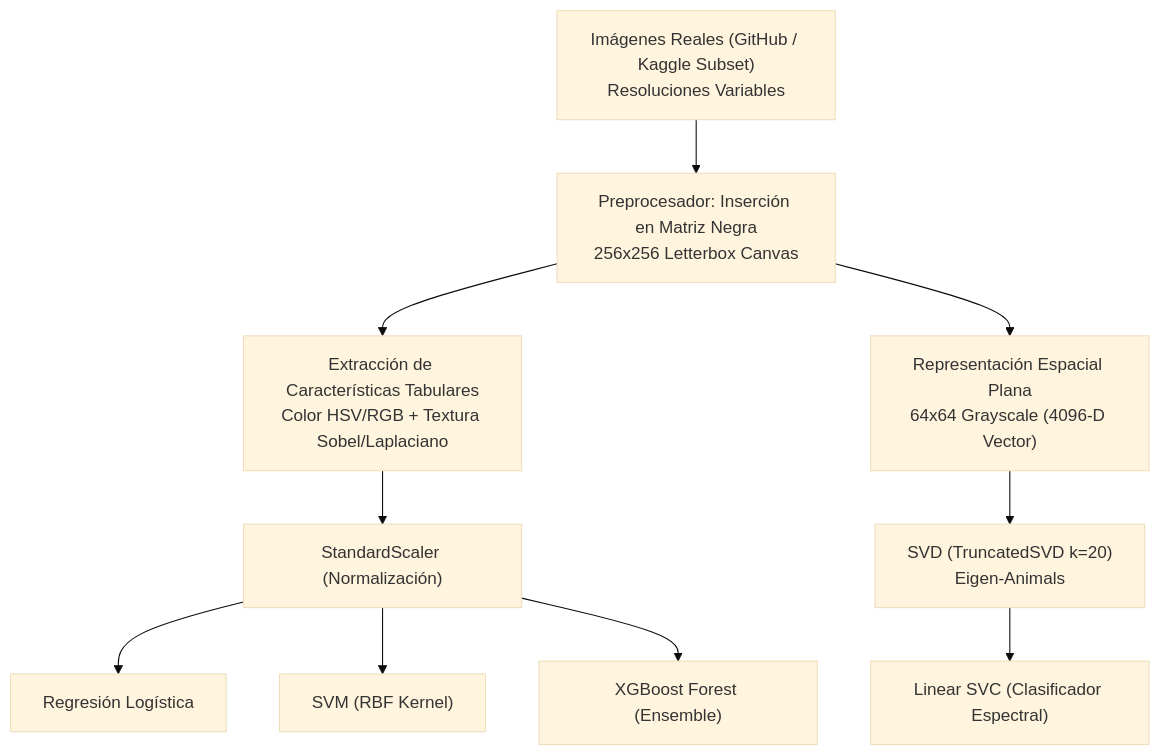
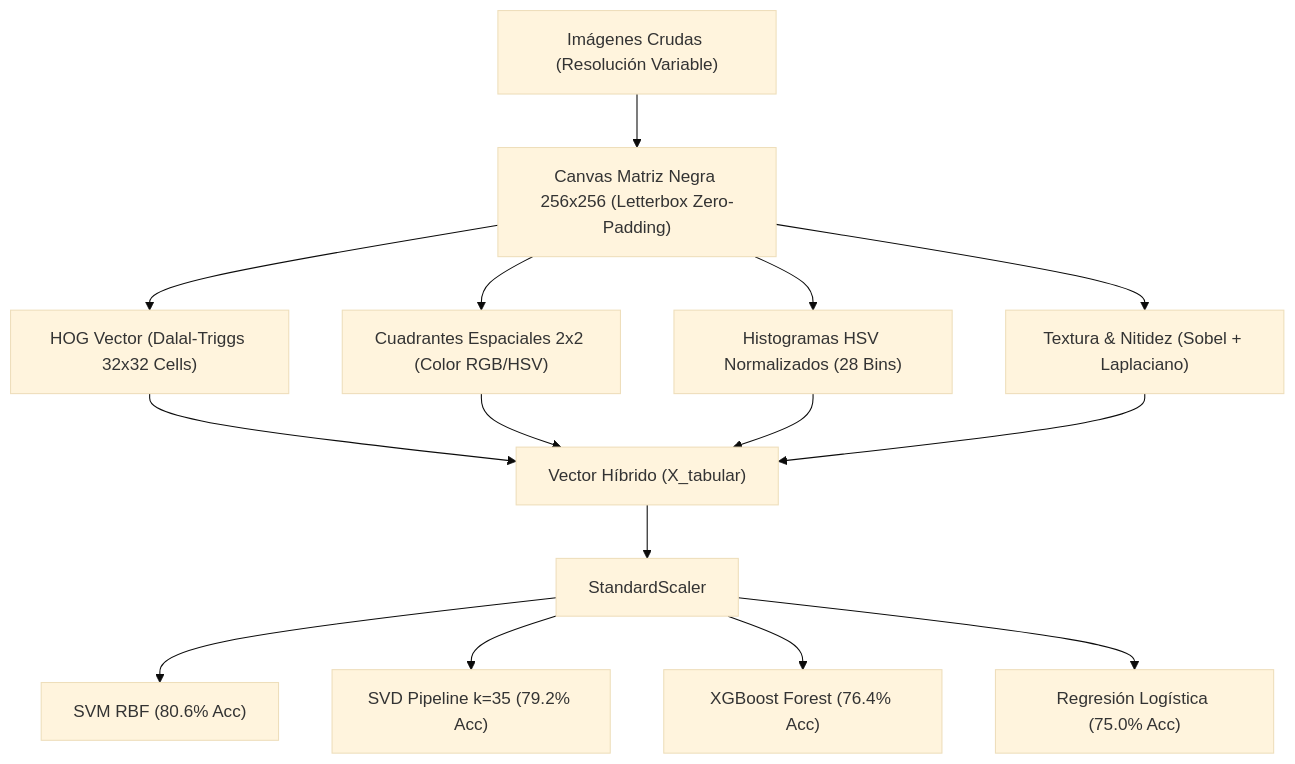
Before and after one commit to carlobeni/Machine-Learning: the diagram in docs/arquitectura_tecnica.md, drawn with Mermaid (base theme). The commit also changed other lines of this file and 497 other files, not shown here.

Commit message:
feat(ml): optimizacion de pipeline con 360 imagenes, HOG, piramides de color y modelos al 80.6% de accuracy

````diff
--- a/docs/arquitectura_tecnica.md
+++ b/docs/arquitectura_tecnica.md
@@ -11,12 +9,14 @@
 ```mermaid
 graph TD
-    A["Imágenes Reales (GitHub / Kaggle Subset)<br>Resoluciones Variables"] --> B["Preprocesador: Inserción en Matriz Negra<br>256x256 Letterbox Canvas"]
-    B --> C["Extracción de Características Tabulares<br>Color HSV/RGB + Textura Sobel/Laplaciano"]
-    B --> D["Representación Espacial Plana<br>64x64 Grayscale (4096-D Vector)"]
-    C --> E["StandardScaler (Normalización)"]
-    E --> F["Regresión Logística"]
-    E --> G["SVM (RBF Kernel)"]
-    E --> H["XGBoost Forest (Ensemble)"]
-    D --> I["SVD (TruncatedSVD k=20)<br>Eigen-Animals"]
-    I --> J["Linear SVC (Clasificador Espectral)"]
+    A["Imágenes Crudas (Resolución Variable)"] --> B["Canvas Matriz Negra 256x256 (Letterbox Zero-Padding)"]
+    B --> C["HOG Vector (Dalal-Triggs 32x32 Cells)"]
+    B --> D["Cuadrantes Espaciales 2x2 (Color RGB/HSV)"]
+    B --> E["Histogramas HSV Normalizados (28 Bins)"]
+    B --> F["Textura & Nitidez (Sobel + Laplaciano)"]
+    C & D & E & F --> G["Vector Híbrido (X_tabular)"]
+    G --> H["StandardScaler"]
+    H --> I["SVM RBF (80.6% Acc)"]
+    H --> J["SVD Pipeline k=35 (79.2% Acc)"]
+    H --> K["XGBoost Forest (76.4% Acc)"]
+    H --> L["Regresión Logística (75.0% Acc)"]
 ```
````
